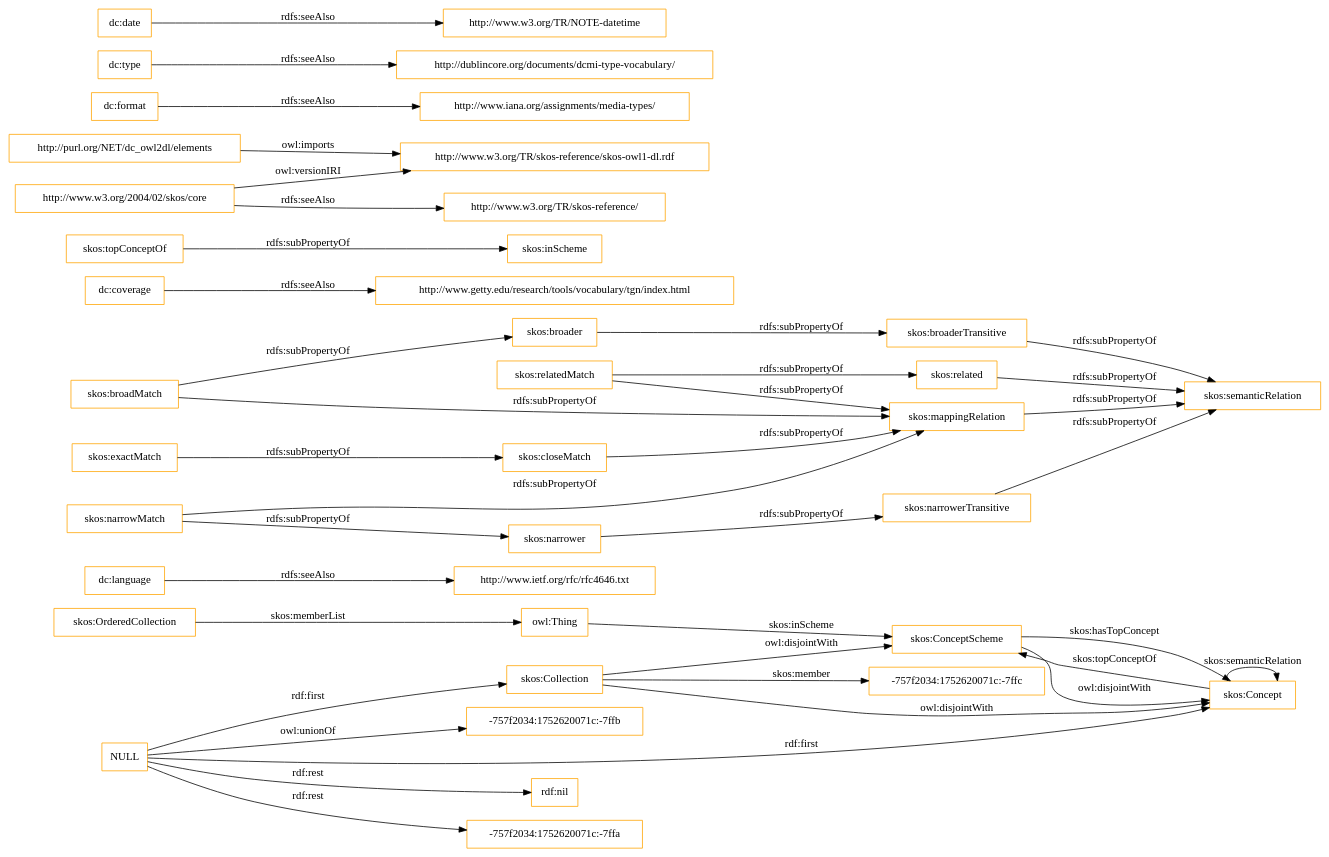
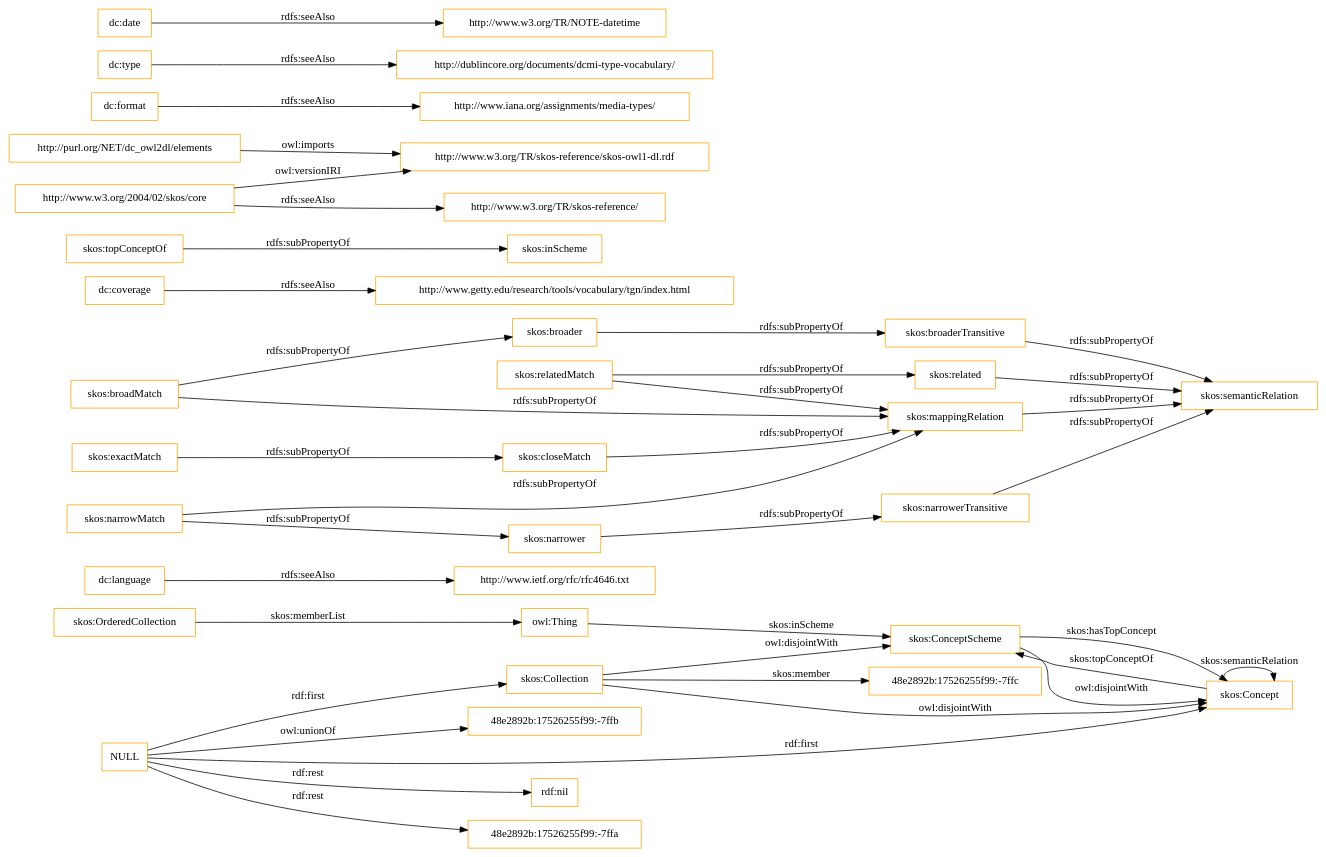
Before and after one commit to OnToologyUser/core-ontology-1: the diagram in OnToology/imports/elements.owl/diagrams/ar2dtool-class/elements.owl.png.dot, drawn with Graphviz. The commit also changed 14 other files, not shown here.

```diff
--- a/OnToology/imports/elements.owl/diagrams/ar2dtool-class/elements.owl.png.dot
+++ b/OnToology/imports/elements.owl/diagrams/ar2dtool-class/elements.owl.png.dot
@@ -1,43 +1,43 @@
 digraph ar2dtool_diagram { 
 rankdir=LR;
 size="1501"
-node [shape = rectangle, color="orange"]; "-757f2034:1752620071c:-7ffc" "skos:OrderedCollection" "skos:Collection" "skos:ConceptScheme" "skos:Concept" ; /*classes style*/
+node [shape = rectangle, color="orange"]; "48e2892b:17526255f99:-7ffc" "skos:OrderedCollection" "skos:Collection" "skos:ConceptScheme" "skos:Concept" ; /*classes style*/
 	"dc:language" -> "http://www.ietf.org/rfc/rfc4646.txt" [ label = "rdfs:seeAlso" ];
 	"NULL" -> "rdf:nil" [ label = "rdf:rest" ];
 	"NULL" -> "skos:Collection" [ label = "rdf:first" ];
-	"NULL" -> "-757f2034:1752620071c:-7ffa" [ label = "rdf:rest" ];
+	"NULL" -> "48e2892b:17526255f99:-7ffa" [ label = "rdf:rest" ];
 	"NULL" -> "skos:Concept" [ label = "rdf:first" ];
-	"NULL" -> "-757f2034:1752620071c:-7ffb" [ label = "owl:unionOf" ];
+	"NULL" -> "48e2892b:17526255f99:-7ffb" [ label = "owl:unionOf" ];
 	"skos:closeMatch" -> "skos:mappingRelation" [ label = "rdfs:subPropertyOf" ];
 	"dc:coverage" -> "http://www.getty.edu/research/tools/vocabulary/tgn/index.html" [ label = "rdfs:seeAlso" ];
 	"skos:relatedMatch" -> "skos:related" [ label = "rdfs:subPropertyOf" ];
 	"skos:relatedMatch" -> "skos:mappingRelation" [ label = "rdfs:subPropertyOf" ];
 	"skos:ConceptScheme" -> "skos:Concept" [ label = "owl:disjointWith" ];
 	"skos:related" -> "skos:semanticRelation" [ label = "rdfs:subPropertyOf" ];
 	"skos:topConceptOf" -> "skos:inScheme" [ label = "rdfs:subPropertyOf" ];
 	"skos:broadMatch" -> "skos:broader" [ label = "rdfs:subPropertyOf" ];
 	"skos:broadMatch" -> "skos:mappingRelation" [ label = "rdfs:subPropertyOf" ];
 	"http://purl.org/NET/dc_owl2dl/elements" -> "http://www.w3.org/TR/skos-reference/skos-owl1-dl.rdf" [ label = "owl:imports" ];
 	"skos:exactMatch" -> "skos:closeMatch" [ label = "rdfs:subPropertyOf" ];
 	"dc:format" -> "http://www.iana.org/assignments/media-types/" [ label = "rdfs:seeAlso" ];
 	"skos:broaderTransitive" -> "skos:semanticRelation" [ label = "rdfs:subPropertyOf" ];
 	"dc:type" -> "http://dublincore.org/documents/dcmi-type-vocabulary/" [ label = "rdfs:seeAlso" ];
 	"skos:broader" -> "skos:broaderTransitive" [ label = "rdfs:subPropertyOf" ];
 	"skos:mappingRelation" -> "skos:semanticRelation" [ label = "rdfs:subPropertyOf" ];
 	"http://www.w3.org/2004/02/skos/core" -> "http://www.w3.org/TR/skos-reference/skos-owl1-dl.rdf" [ label = "owl:versionIRI" ];
 	"http://www.w3.org/2004/02/skos/core" -> "http://www.w3.org/TR/skos-reference/" [ label = "rdfs:seeAlso" ];
 	"skos:Collection" -> "skos:ConceptScheme" [ label = "owl:disjointWith" ];
 	"skos:Collection" -> "skos:Concept" [ label = "owl:disjointWith" ];
 	"skos:narrowMatch" -> "skos:narrower" [ label = "rdfs:subPropertyOf" ];
 	"skos:narrowMatch" -> "skos:mappingRelation" [ label = "rdfs:subPropertyOf" ];
 	"skos:narrower" -> "skos:narrowerTransitive" [ label = "rdfs:subPropertyOf" ];
 	"dc:date" -> "http://www.w3.org/TR/NOTE-datetime" [ label = "rdfs:seeAlso" ];
 	"skos:narrowerTransitive" -> "skos:semanticRelation" [ label = "rdfs:subPropertyOf" ];
 	"skos:OrderedCollection" -> "owl:Thing" [ label = "skos:memberList" ];
 	"skos:Concept" -> "skos:ConceptScheme" [ label = "skos:topConceptOf" ];
 	"skos:Concept" -> "skos:Concept" [ label = "skos:semanticRelation" ];
-	"skos:Collection" -> "-757f2034:1752620071c:-7ffc" [ label = "skos:member" ];
+	"skos:Collection" -> "48e2892b:17526255f99:-7ffc" [ label = "skos:member" ];
 	"skos:ConceptScheme" -> "skos:Concept" [ label = "skos:hasTopConcept" ];
 	"owl:Thing" -> "skos:ConceptScheme" [ label = "skos:inScheme" ];
 
 }
```
